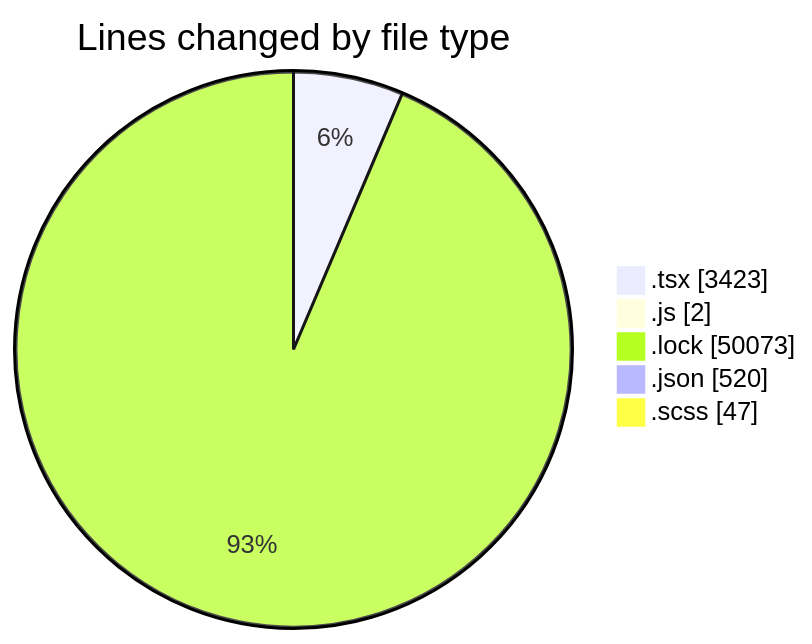
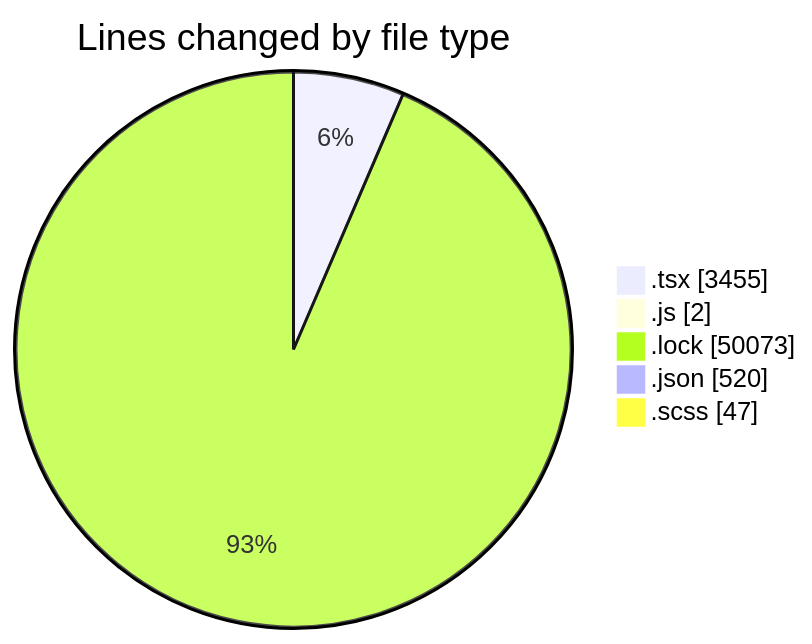
Before and after one commit to momahboobian/code-tracking: the first of 2 diagrams in 2026-05-15/cda/README.md, drawn with Mermaid. The commit also changed other lines of this file and 1 other file, not shown here.

````diff
--- a/2026-05-15/cda/README.md
+++ b/2026-05-15/cda/README.md
@@ -45,9 +45,9 @@
 ```mermaid
 pie showData
 title Lines changed by file type
-".tsx" : 3423
+".tsx" : 3455
 ".js" : 2
 ".lock" : 50073
 ".json" : 520
 ".scss" : 47
 ```
````
